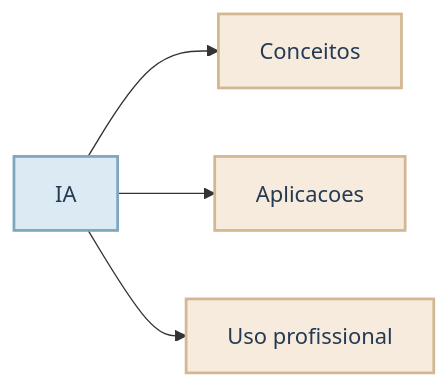
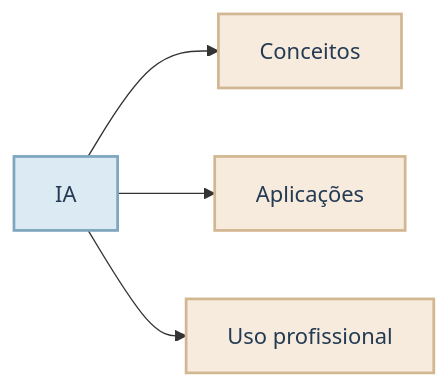
The first of 51 diagrams in temas/introducao_pratica_ia_e_genia/estudo/aula1.qmd (mikaelakihitto/self-study-data-science), drawn with Mermaid before and after one commit. The commit also changed other lines of this file, not shown here.

````diff
--- a/temas/introducao_pratica_ia_e_genia/estudo/aula1.qmd
+++ b/temas/introducao_pratica_ia_e_genia/estudo/aula1.qmd
@@ -34,14 +25,14 @@
 ```{mermaid}
 %%| fig-align: center
 %%| out-width: 72%
 graph LR
     A[IA] --> B[Conceitos]
-    A --> C[Aplicacoes]
+    A --> C[Aplicações]
     A --> D[Uso profissional]
     %% Definicao das cores
     classDef styleAzul fill:#DCEAF4,stroke:#7FA6BF,stroke-width:2px,color:#243B53;
     classDef styleVerde fill:#E7F2E8,stroke:#90B29A,stroke-width:2px,color:#243B53;
     classDef styleAreia fill:#F7EBDD,stroke:#D3B792,stroke-width:2px,color:#243B53;
     class A styleAzul;
     class B,C,D styleAreia;
 ```
````
